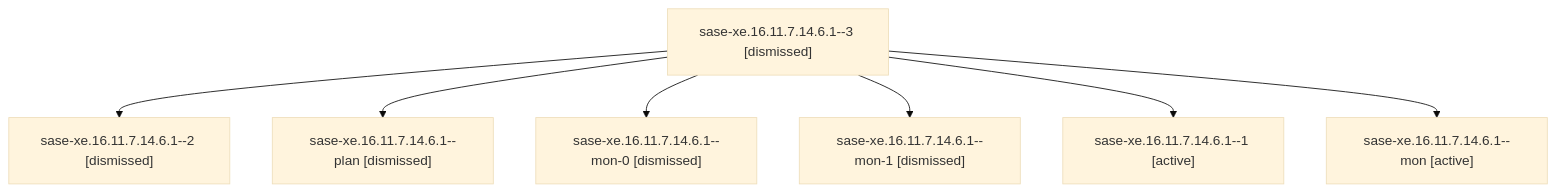
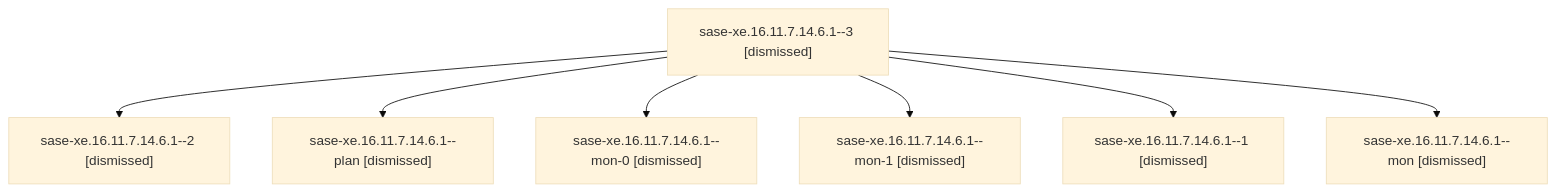
Before and after one commit to sase-org/sase--agents: the diagram in sessions/bbugyi200.athena.sase-xe.16.11.7.14.6.1.md, drawn with Mermaid (base theme). The commit also changed other lines of this file and 323 other files, not shown here.

````diff
--- a/sessions/bbugyi200.athena.sase-xe.16.11.7.14.6.1.md
+++ b/sessions/bbugyi200.athena.sase-xe.16.11.7.14.6.1.md
@@ -9,16 +9,16 @@
 ```mermaid
 flowchart TD
   n0["sase-xe.16.11.7.14.6.1--3 [dismissed]"]
   n1["sase-xe.16.11.7.14.6.1--2 [dismissed]"]
   n0 --> n1
   n2["sase-xe.16.11.7.14.6.1--plan [dismissed]"]
   n0 --> n2
   n3["sase-xe.16.11.7.14.6.1--mon-0 [dismissed]"]
   n0 --> n3
   n4["sase-xe.16.11.7.14.6.1--mon-1 [dismissed]"]
   n0 --> n4
-  n5["sase-xe.16.11.7.14.6.1--1 [active]"]
+  n5["sase-xe.16.11.7.14.6.1--1 [dismissed]"]
   n0 --> n5
-  n6["sase-xe.16.11.7.14.6.1--mon [active]"]
+  n6["sase-xe.16.11.7.14.6.1--mon [dismissed]"]
   n0 --> n6
 ```
````
